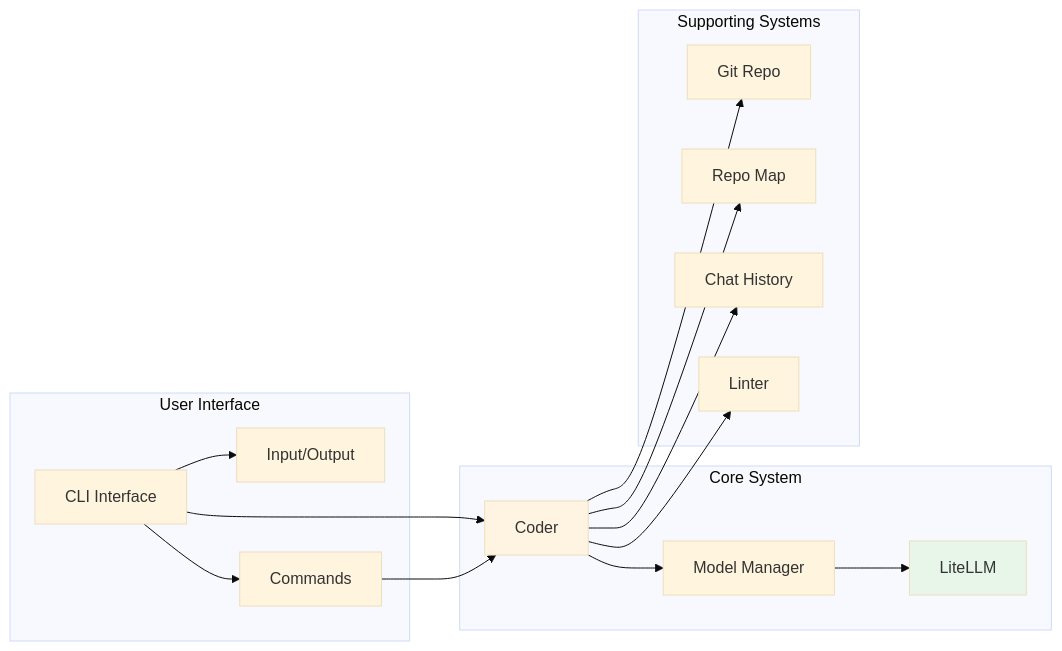
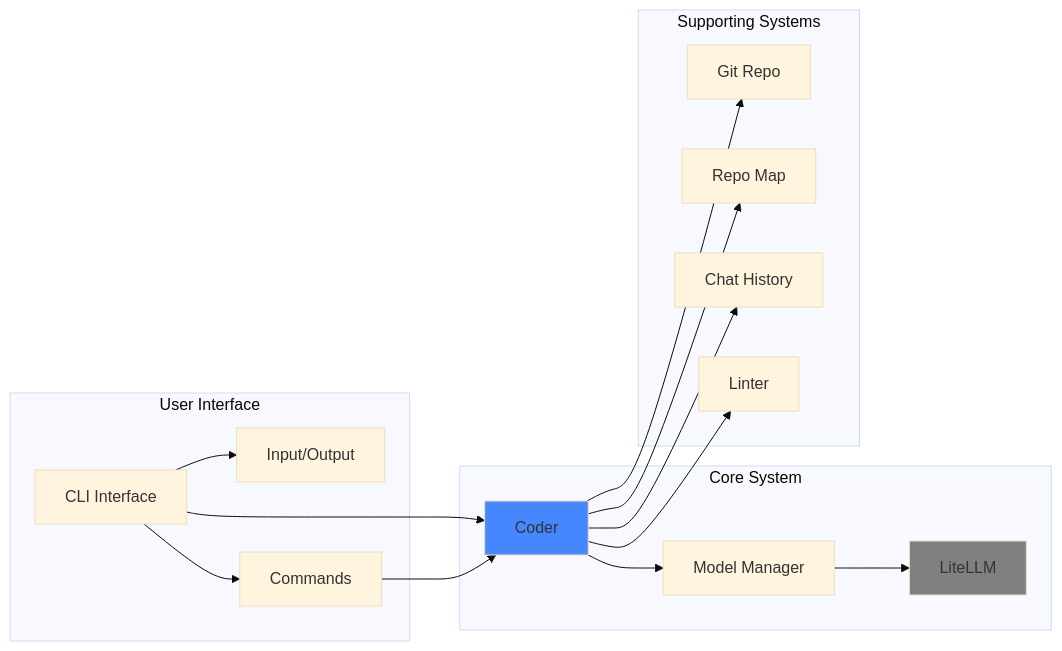
One commit to astrio-ai/l2m changed the fourth of 5 diagrams in docs/architecture.md. Above: the diagram before and after it, drawn with Mermaid (base theme). The commit also changed other lines of this file, not shown here.

First line of the commit message:
Refactor styles in architecture documentation

````diff
--- a/docs/architecture.md
+++ b/docs/architecture.md
@@ -177,35 +171,35 @@
 ```mermaid
 graph LR
     subgraph "User Interface"
         CLI[CLI Interface]
         IO[Input/Output]
         CMD[Commands]
     end
     
     subgraph "Core System"
         CODER[Coder]
         MODEL[Model Manager]
         LLM[LiteLLM]
     end
     
     subgraph "Supporting Systems"
         GIT[Git Repo]
         REPO[Repo Map]
         HIST[Chat History]
         LINT[Linter]
     end
     
     CLI --> IO
     CLI --> CMD
     CLI --> CODER
     CMD --> CODER
     CODER --> MODEL
     CODER --> GIT
     CODER --> REPO
     CODER --> HIST
     CODER --> LINT
     MODEL --> LLM
     
-    style CODER fill:#fff4e1
-    style LLM fill:#e8f5e9
+    style CODER fill:#4686ff
+    style LLM fill:#808080
 ```
````
